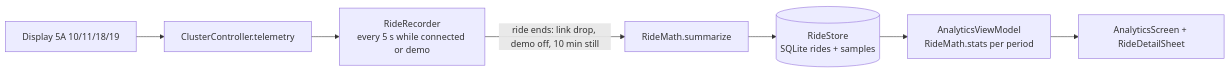
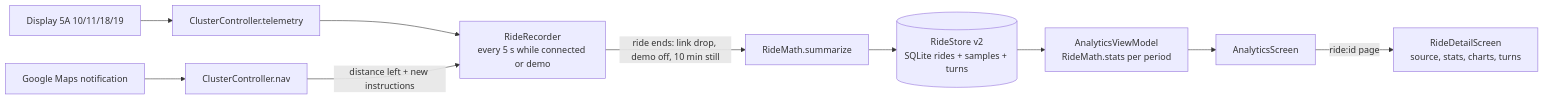
The third of 4 diagrams in development/docs/ARCHITECTURE.md (aiyu-ayaan/RideLink), drawn with Mermaid before and after one commit. The commit also changed other lines of this file and 1 other file, not shown here.

Commit message:
docs(Arch) : Document app shell, updater, developer console, ride distance sources and release flow

````diff
--- a/development/docs/ARCHITECTURE.md
+++ b/development/docs/ARCHITECTURE.md
@@ -49,9 +49,12 @@
 ```mermaid
 graph LR
     D[Display 5A 10/11/18/19] --> C[ClusterController.telemetry]
+    N[Google Maps notification] --> CN[ClusterController.nav]
     C --> R[RideRecorder<br/>every 5 s while connected or demo]
+    CN -->|distance left + new instructions| R
     R -->|ride ends: link drop, demo off, 10 min still| M[RideMath.summarize]
-    M --> S[(RideStore<br/>SQLite rides + samples)]
+    M --> S[(RideStore v2<br/>SQLite rides + samples + turns)]
     S --> V[AnalyticsViewModel<br/>RideMath.stats per period]
-    V --> UI[AnalyticsScreen + RideDetailSheet]
+    V --> UI[AnalyticsScreen]
+    UI -->|ride:id page| RD[RideDetailScreen<br/>source, stats, charts, turns]
 ```
````
